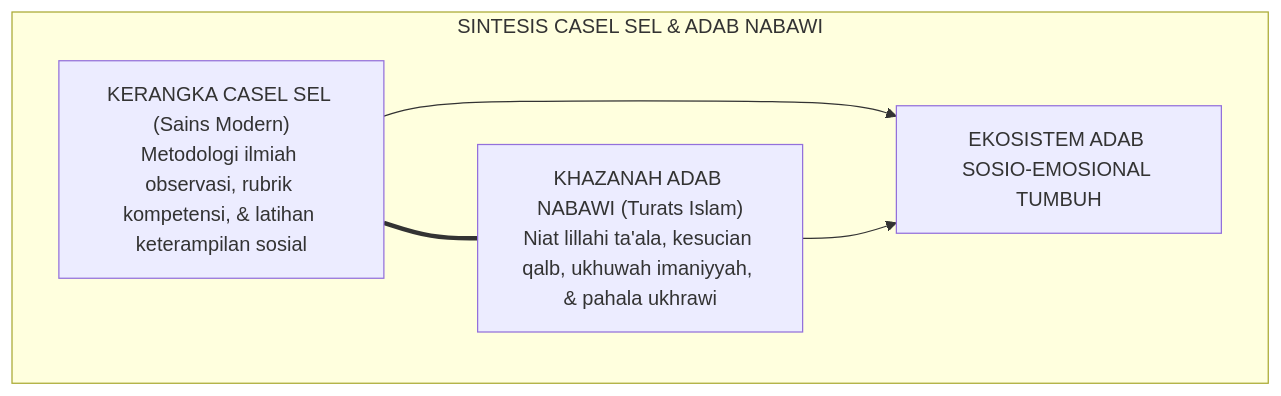
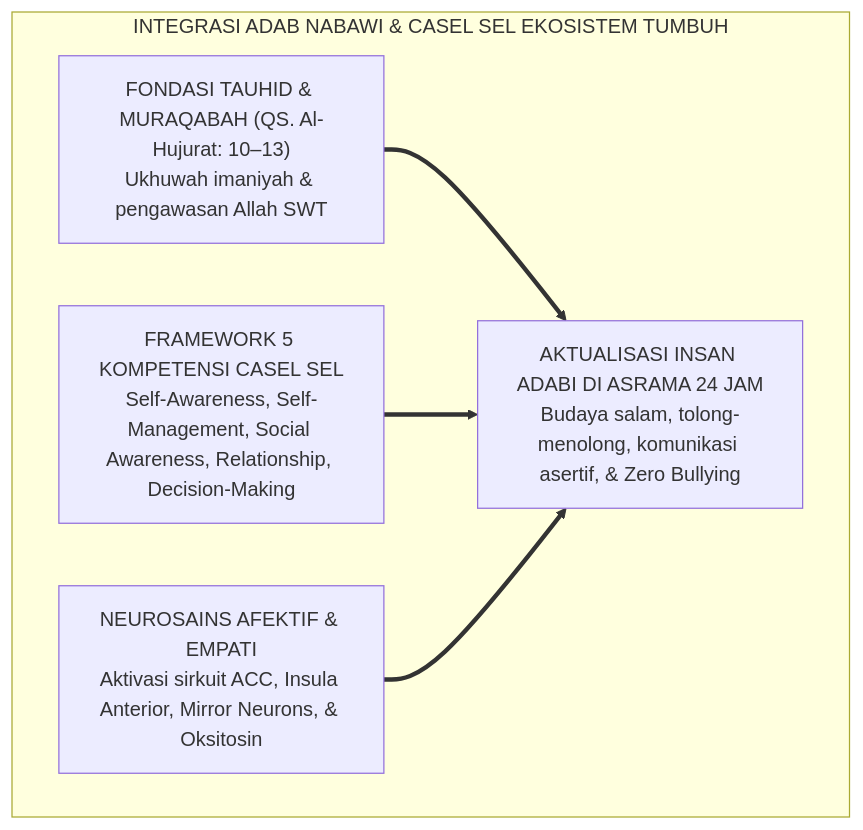
Before and after one commit to wandiapriliyandi/tumbuh: the first of 8 diagrams in 01 Philosophy/03 Human Development/P1-03-04-Integrasi-SEL-dan-Karakter-Santri.md, drawn with Mermaid. The commit also changed other lines of this file and 31 other files, not shown here.

````diff
--- a/01 Philosophy/03 Human Development/P1-03-04-Integrasi-SEL-dan-Karakter-Santri.md
+++ b/01 Philosophy/03 Human Development/P1-03-04-Integrasi-SEL-dan-Karakter-Santri.md
@@ -28,11 +65,16 @@
 ```mermaid
-graph TD
-    subgraph IntegrasiSELAdab["SINTESIS CASEL SEL & ADAB NABAWI"]
-        CASEL["KERANGKA CASEL SEL (Sains Modern)<br/>Metodologi ilmiah observasi, rubrik kompetensi, & latihan keterampilan sosial"]
-        Turats["KHAZANAH ADAB NABAWI (Turats Islam)<br/>Niat lillahi ta'ala, kesucian qalb, ukhuwah imaniyyah, & pahala ukhrawi"]
+flowchart TD
+    subgraph IntegrasiSELTUMBUH["INTEGRASI ADAB NABAWI & CASEL SEL EKOSISTEM TUMBUH"]
+        Tauhid["FONDASI TAUHID & MURAQABAH (QS. Al-Hujurat: 10–13)<br/>Ukhuwah imaniyah & pengawasan Allah SWT"]
         
-        CASEL === Turats
-        CASEL --> TUMBUH_SEL["EKOSISTEM ADAB SOSIO-EMOSIONAL TUMBUH"]
-        Turats --> TUMBUH_SEL
+        CASEL["FRAMEWORK 5 KOMPETENSI CASEL SEL<br/>Self-Awareness, Self-Management, Social Awareness, Relationship, Decision-Making"]
+        
+        Neurosains["NEUROSAINS AFEKTIF & EMPATI<br/>Aktivasi sirkuit ACC, Insula Anterior, Mirror Neurons, & Oksitosin"]
+        
+        KarakterAdab["AKTUALISASI INSAN ADABI DI ASRAMA 24 JAM<br/>Budaya salam, tolong-menolong, komunikasi asertif, & Zero Bullying"]
+        
+        Tauhid ==> KarakterAdab
+        CASEL ==> KarakterAdab
+        Neurosains ==> KarakterAdab
     end
 ```
````
